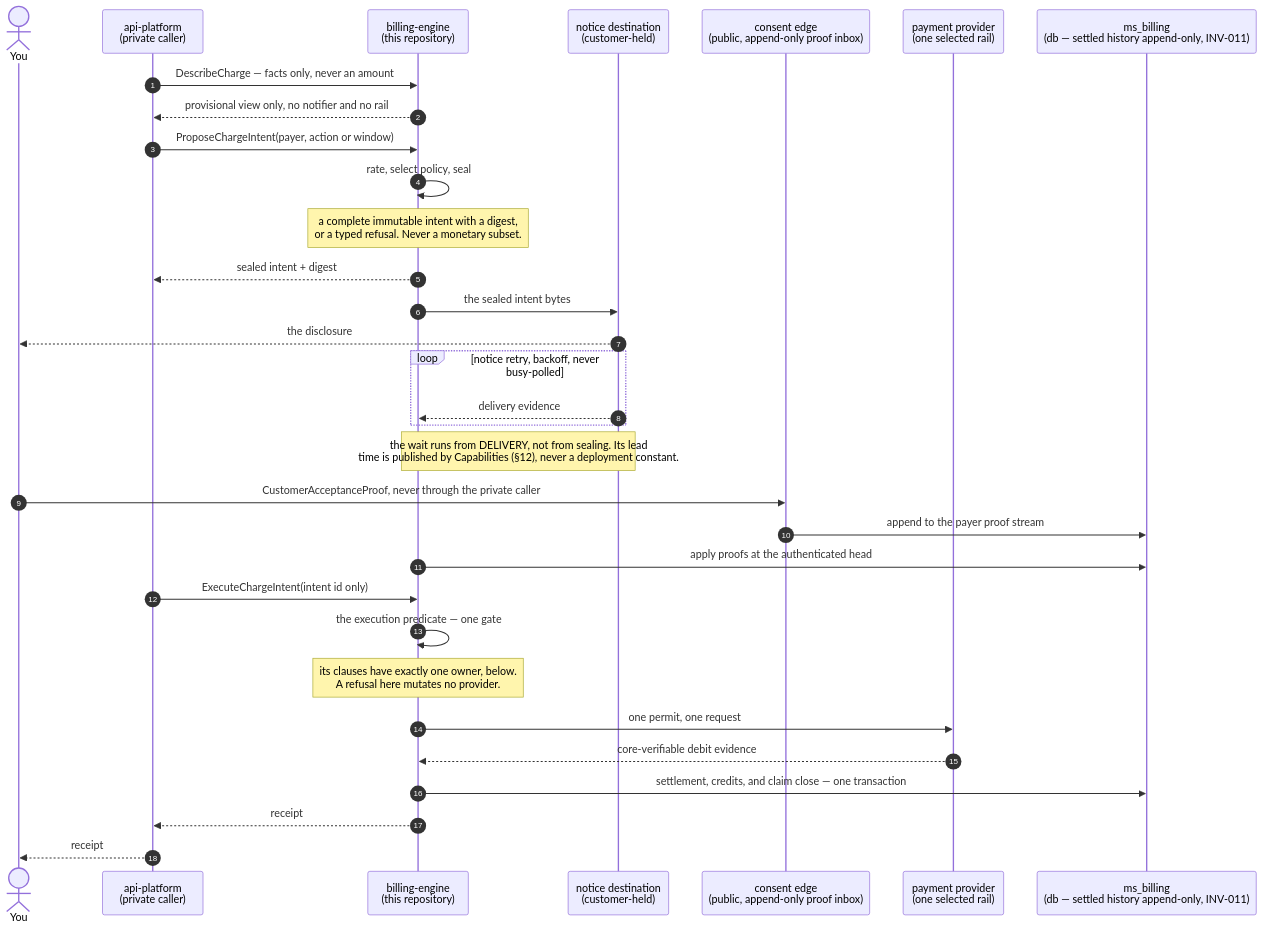
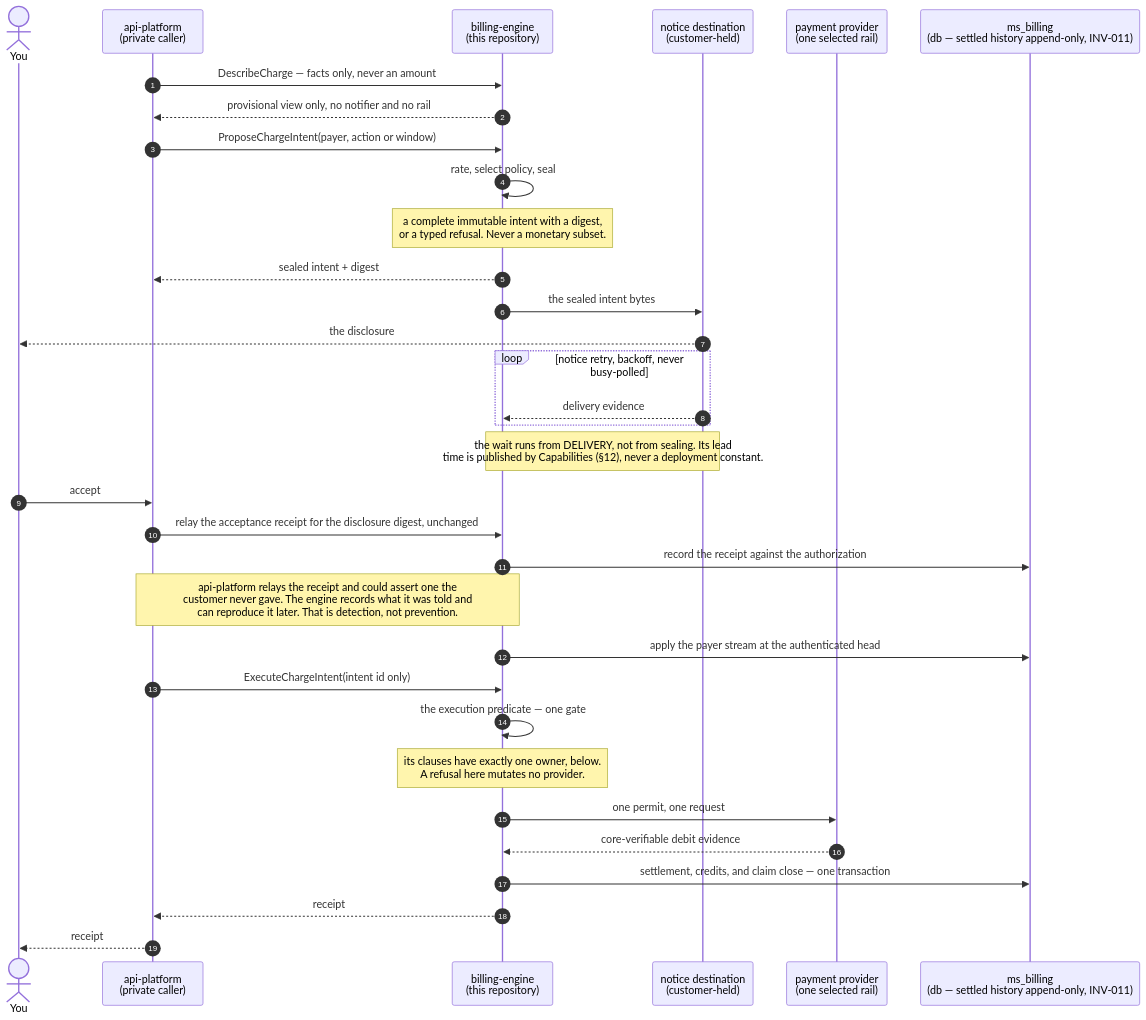
One commit to mirrorstack-ai/billing-engine changed the first of 3 diagrams in docs/DESIGN.md. Above: the diagram before and after it, drawn with Mermaid. The commit also changed other lines of this file and 3 other files, not shown here.

````diff
--- a/docs/DESIGN.md
+++ b/docs/DESIGN.md
@@ -930,35 +928,36 @@
 ```mermaid
 sequenceDiagram
     autonumber
     actor You
     participant AP as api-platform<br/>(private caller)
     participant Engine as billing-engine<br/>(this repository)
     participant Notice as notice destination<br/>(customer-held)
-    participant Edge as consent edge<br/>(public, append-only proof inbox)
     participant Rail as payment provider<br/>(one selected rail)
     participant Ledger as ms_billing<br/>(db — settled history append-only, INV-011)
 
     AP->>Engine: DescribeCharge — facts only, never an amount
     Engine-->>AP: provisional view only, no notifier and no rail
     AP->>Engine: ProposeChargeIntent(payer, action or window)
     Engine->>Engine: rate, select policy, seal
     Note over Engine: a complete immutable intent with a digest,<br/>or a typed refusal. Never a monetary subset.
     Engine-->>AP: sealed intent + digest
     Engine->>Notice: the sealed intent bytes
     Notice-->>You: the disclosure
     loop notice retry, backoff, never busy-polled
         Notice-->>Engine: delivery evidence
     end
     Note over Engine,Notice: the wait runs from DELIVERY, not from sealing. Its lead<br/>time is published by Capabilities (§12), never a deployment constant.
-    You->>Edge: CustomerAcceptanceProof, never through the private caller
-    Edge->>Ledger: append to the payer proof stream
-    Engine->>Ledger: apply proofs at the authenticated head
+    You->>AP: accept
+    AP->>Engine: relay the acceptance receipt for the disclosure digest, unchanged
+    Engine->>Ledger: record the receipt against the authorization
+    Note over AP,Engine: api-platform relays the receipt and could assert one the<br/>customer never gave. The engine records what it was told and<br/>can reproduce it later. That is detection, not prevention.
+    Engine->>Ledger: apply the payer stream at the authenticated head
     AP->>Engine: ExecuteChargeIntent(intent id only)
     Engine->>Engine: the execution predicate — one gate
     Note over Engine: its clauses have exactly one owner, below.<br/>A refusal here mutates no provider.
     Engine->>Rail: one permit, one request
     Rail-->>Engine: core-verifiable debit evidence
     Engine->>Ledger: settlement, credits, and claim close — one transaction
     Engine-->>AP: receipt
     AP-->>You: receipt
 ```
````
